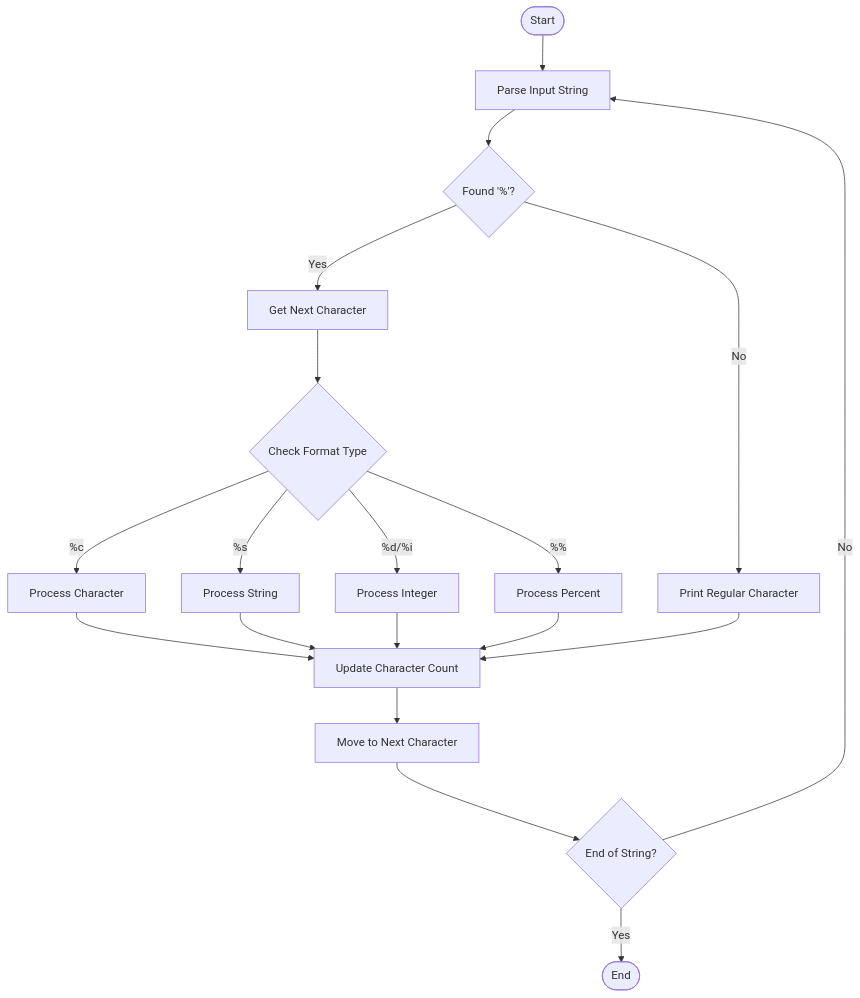
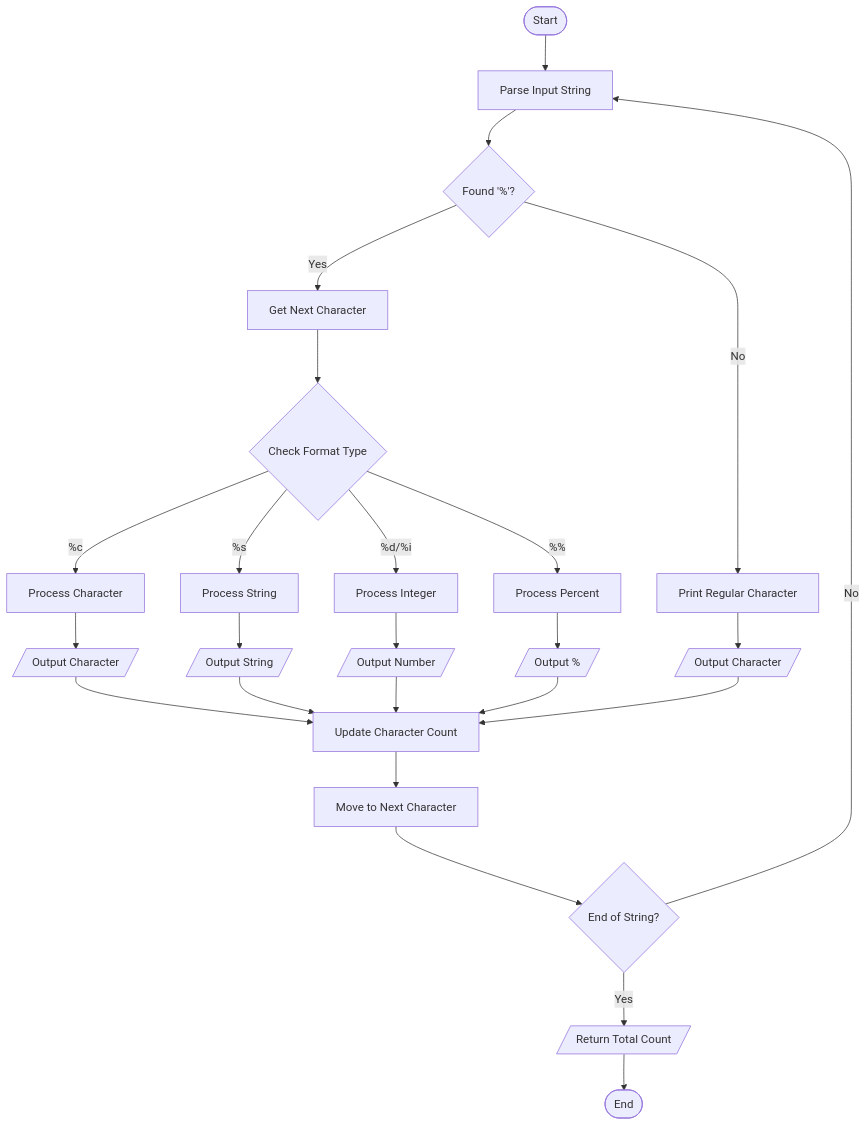
Before and after one commit to neodwin/holbertonschool-printf: the diagram in README.md, drawn with Mermaid.

Commit message:
Update flowchart README

````diff
--- a/README.md
+++ b/README.md
@@ -100,26 +100,33 @@
 ```mermaid
 flowchart TD
     Start([Start]) --> Process[Parse Input String]
     Process --> Decision{Found '%'?}
     
     Decision -->|No| Print[Print Regular Character]
     Decision -->|Yes| GetNext[Get Next Character]
     
     GetNext --> FormatCheck{Check Format Type}
     
     FormatCheck -->|%c| CharProcess[Process Character]
     FormatCheck -->|%s| StringProcess[Process String]
     FormatCheck -->|%d/%i| IntProcess[Process Integer]
     FormatCheck -->|%%| PercentProcess[Process Percent]
     
-    CharProcess --> Count[Update Character Count]
-    StringProcess --> Count
-    IntProcess --> Count
-    PercentProcess --> Count
-    Print --> Count
+    CharProcess --> Output1[/Output Character/]
+    StringProcess --> Output2[/Output String/]
+    IntProcess --> Output3[/Output Number/]
+    PercentProcess --> Output4[/Output %/]
+    Print --> Output5[/Output Character/]
+    
+    Output1 --> Count[Update Character Count]
+    Output2 --> Count
+    Output3 --> Count
+    Output4 --> Count
+    Output5 --> Count
     
     Count --> NextChar[Move to Next Character]
     NextChar --> EndCheck{End of String?}
     EndCheck -->|No| Process
-    EndCheck -->|Yes| End([End])
+    EndCheck -->|Yes| ReturnCount[/Return Total Count/]
+    ReturnCount --> End([End])
 ```
````
